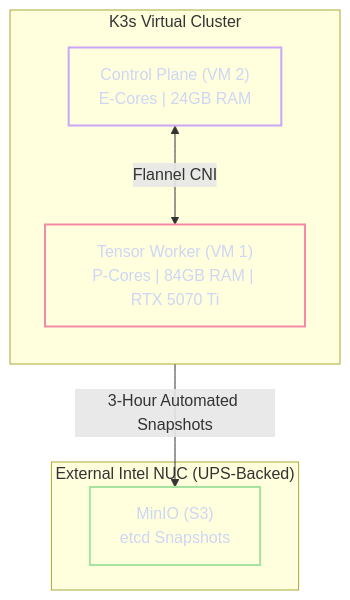
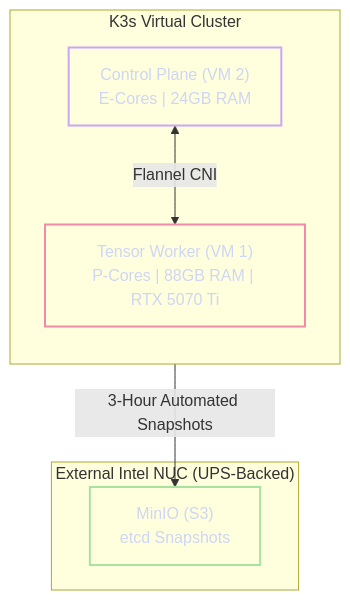
One commit to foersben/janus-synapse-edge changed the diagram in docs/04. Virtualization & Kubernetes (Talos + K3s).md. Above: the diagram before and after it, drawn with Mermaid. The commit also changed other lines of this file and 36 other files, not shown here.

````diff
--- a/docs/04. Virtualization & Kubernetes (Talos + K3s).md
+++ b/docs/04. Virtualization & Kubernetes (Talos + K3s).md
@@ -60,21 +82,21 @@
 ```mermaid
 flowchart TD
     %% Kubernetes Cluster Topology
     classDef control fill:transparent,stroke:#cba6f7,stroke-width:2px,color:#cdd6f4
     classDef tensor fill:transparent,stroke:#f38ba8,stroke-width:2px,color:#cdd6f4
     classDef ext fill:transparent,stroke:#a6e3a1,stroke-width:2px,color:#cdd6f4
 
     subgraph K3s_Cluster["K3s Virtual Cluster"]
         direction TB
         CP["Control Plane (VM 2)<br/>E-Cores | 24GB RAM"]:::control
-        Worker["Tensor Worker (VM 1)<br/>P-Cores | 84GB RAM | RTX 5070 Ti"]:::tensor
+        Worker["Tensor Worker (VM 1)<br/>P-Cores | 88GB RAM | RTX 5070 Ti"]:::tensor
 
         CP <-->|"Flannel CNI"| Worker
     end
 
     subgraph External_NUC["External Intel NUC (UPS-Backed)"]
         MinIO["MinIO (S3)<br/>etcd Snapshots"]:::ext
     end
 
     CP -- "3-Hour Automated Snapshots" --> MinIO
 ```
````
